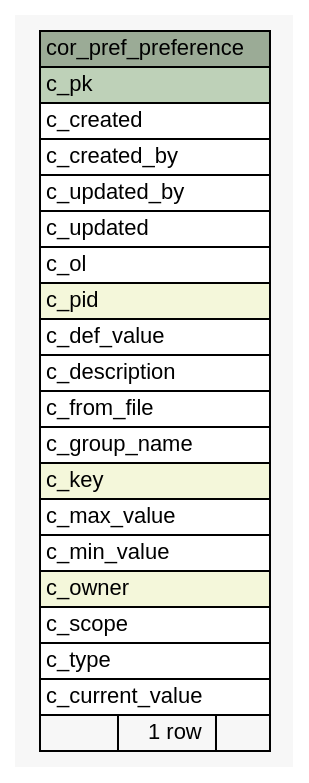
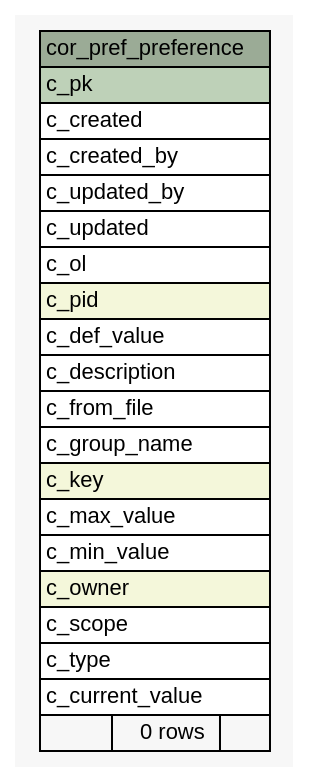
The diagram in 1.0.0-SNAPSHOT/schemaspy/diagrams/summary/cor_pref_preference.1degree.dot (openwms/org.openwms.core.preferences.lib), drawn with Graphviz before and after one commit. The commit also changed 32 other files, not shown here.

```diff
--- a/1.0.0-SNAPSHOT/schemaspy/diagrams/summary/cor_pref_preference.1degree.dot
+++ b/1.0.0-SNAPSHOT/schemaspy/diagrams/summary/cor_pref_preference.1degree.dot
@@ -1,47 +1,47 @@
-// dot 2.43.0 on Linux 5.15.0-1038-azure
+// dot 2.43.0 on Linux 5.15.0-1041-azure
 // SchemaSpy rev Unknown
 digraph "cor_pref_preference" {
   graph [
     rankdir="RL"
     bgcolor="#f7f7f7"
     nodesep="0.18"
     ranksep="0.46"
     fontname="Helvetica"
     fontsize="11"
   ];
   node [
     fontname="Helvetica"
     fontsize="11"
     shape="plaintext"
   ];
   edge [
     arrowsize="0.8"
   ];
   "cor_pref_preference" [
     label=<
     <TABLE BORDER="0" CELLBORDER="1" CELLSPACING="0" BGCOLOR="#ffffff">
       <TR><TD COLSPAN="3" BGCOLOR="#9bab96" ALIGN="CENTER">cor_pref_preference</TD></TR>
       <TR><TD PORT="c_pk" COLSPAN="3" BGCOLOR="#bed1b8" ALIGN="LEFT">c_pk</TD></TR>
       <TR><TD PORT="c_created" COLSPAN="3" ALIGN="LEFT">c_created</TD></TR>
       <TR><TD PORT="c_created_by" COLSPAN="3" ALIGN="LEFT">c_created_by</TD></TR>
       <TR><TD PORT="c_updated_by" COLSPAN="3" ALIGN="LEFT">c_updated_by</TD></TR>
       <TR><TD PORT="c_updated" COLSPAN="3" ALIGN="LEFT">c_updated</TD></TR>
       <TR><TD PORT="c_ol" COLSPAN="3" ALIGN="LEFT">c_ol</TD></TR>
       <TR><TD PORT="c_pid" COLSPAN="3" BGCOLOR="#f4f7da" ALIGN="LEFT">c_pid</TD></TR>
       <TR><TD PORT="c_def_value" COLSPAN="3" ALIGN="LEFT">c_def_value</TD></TR>
       <TR><TD PORT="c_description" COLSPAN="3" ALIGN="LEFT">c_description</TD></TR>
       <TR><TD PORT="c_from_file" COLSPAN="3" ALIGN="LEFT">c_from_file</TD></TR>
       <TR><TD PORT="c_group_name" COLSPAN="3" ALIGN="LEFT">c_group_name</TD></TR>
       <TR><TD PORT="c_key" COLSPAN="3" BGCOLOR="#f4f7da" ALIGN="LEFT">c_key</TD></TR>
       <TR><TD PORT="c_max_value" COLSPAN="3" ALIGN="LEFT">c_max_value</TD></TR>
       <TR><TD PORT="c_min_value" COLSPAN="3" ALIGN="LEFT">c_min_value</TD></TR>
       <TR><TD PORT="c_owner" COLSPAN="3" BGCOLOR="#f4f7da" ALIGN="LEFT">c_owner</TD></TR>
       <TR><TD PORT="c_scope" COLSPAN="3" ALIGN="LEFT">c_scope</TD></TR>
       <TR><TD PORT="c_type" COLSPAN="3" ALIGN="LEFT">c_type</TD></TR>
       <TR><TD PORT="c_current_value" COLSPAN="3" ALIGN="LEFT">c_current_value</TD></TR>
-      <TR><TD ALIGN="LEFT" BGCOLOR="#f7f7f7">  </TD><TD ALIGN="RIGHT" BGCOLOR="#f7f7f7">1 row</TD><TD ALIGN="RIGHT" BGCOLOR="#f7f7f7">  </TD></TR>
+      <TR><TD ALIGN="LEFT" BGCOLOR="#f7f7f7">  </TD><TD ALIGN="RIGHT" BGCOLOR="#f7f7f7">0 rows</TD><TD ALIGN="RIGHT" BGCOLOR="#f7f7f7">  </TD></TR>
     </TABLE>>
     URL="tables/cor_pref_preference.html"
     tooltip="cor_pref_preference"
   ];
 }
```
